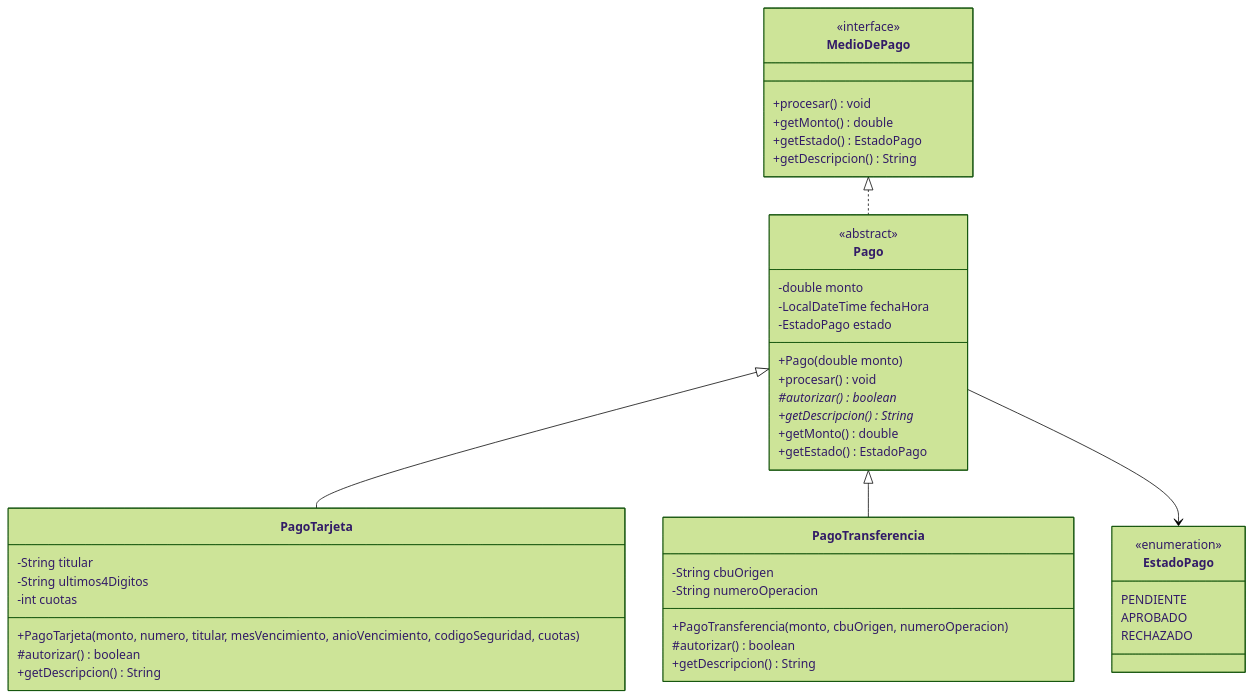
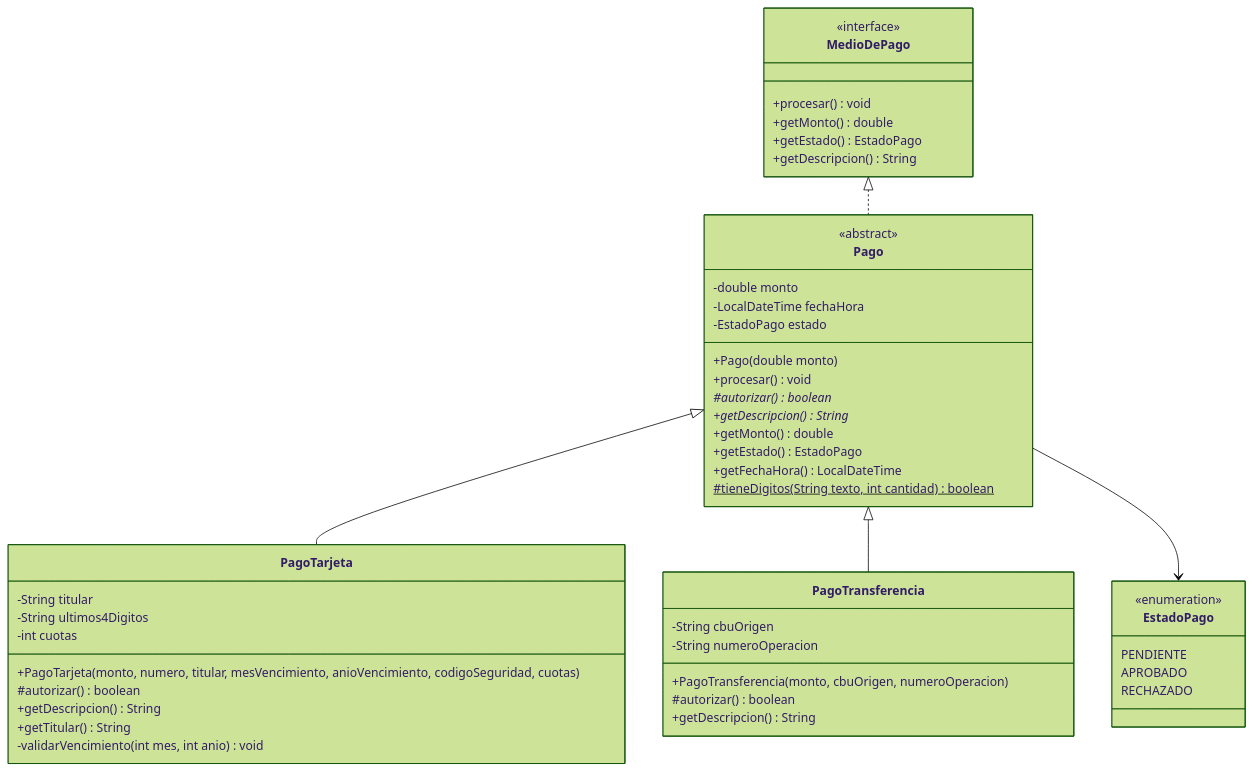
The second of 4 diagrams in docs/diseno/p6-diagrama-de-clases-modelo.md (AgustinSimonenco/gestion-eventos-musicales), drawn with Mermaid (forest theme) before and after one commit. The commit also changed other lines of this file and 3 other files, not shown here.

````diff
--- a/docs/diseno/p6-diagrama-de-clases-modelo.md
+++ b/docs/diseno/p6-diagrama-de-clases-modelo.md
@@ -250,54 +266,58 @@
 ```mermaid
 classDiagram
     direction TB
 
     class MedioDePago {
         <<interface>>
         +procesar() void
         +getMonto() double
         +getEstado() EstadoPago
         +getDescripcion() String
     }
 
     class Pago {
         <<abstract>>
         -double monto
         -LocalDateTime fechaHora
         -EstadoPago estado
         +Pago(double monto)
         +procesar() void
         #autorizar()* boolean
         +getDescripcion()* String
         +getMonto() double
         +getEstado() EstadoPago
+        +getFechaHora() LocalDateTime
+        #tieneDigitos(String texto, int cantidad)$ boolean
     }
 
     class PagoTarjeta {
         -String titular
         -String ultimos4Digitos
         -int cuotas
         +PagoTarjeta(monto, numero, titular, mesVencimiento, anioVencimiento, codigoSeguridad, cuotas)
         #autorizar() boolean
         +getDescripcion() String
+        +getTitular() String
+        -validarVencimiento(int mes, int anio) void
     }
 
     class PagoTransferencia {
         -String cbuOrigen
         -String numeroOperacion
         +PagoTransferencia(monto, cbuOrigen, numeroOperacion)
         #autorizar() boolean
         +getDescripcion() String
     }
 
     class EstadoPago {
         <<enumeration>>
         PENDIENTE
         APROBADO
         RECHAZADO
     }
 
     MedioDePago <|.. Pago
     Pago <|-- PagoTarjeta
     Pago <|-- PagoTransferencia
     Pago --> EstadoPago
 ```
````
